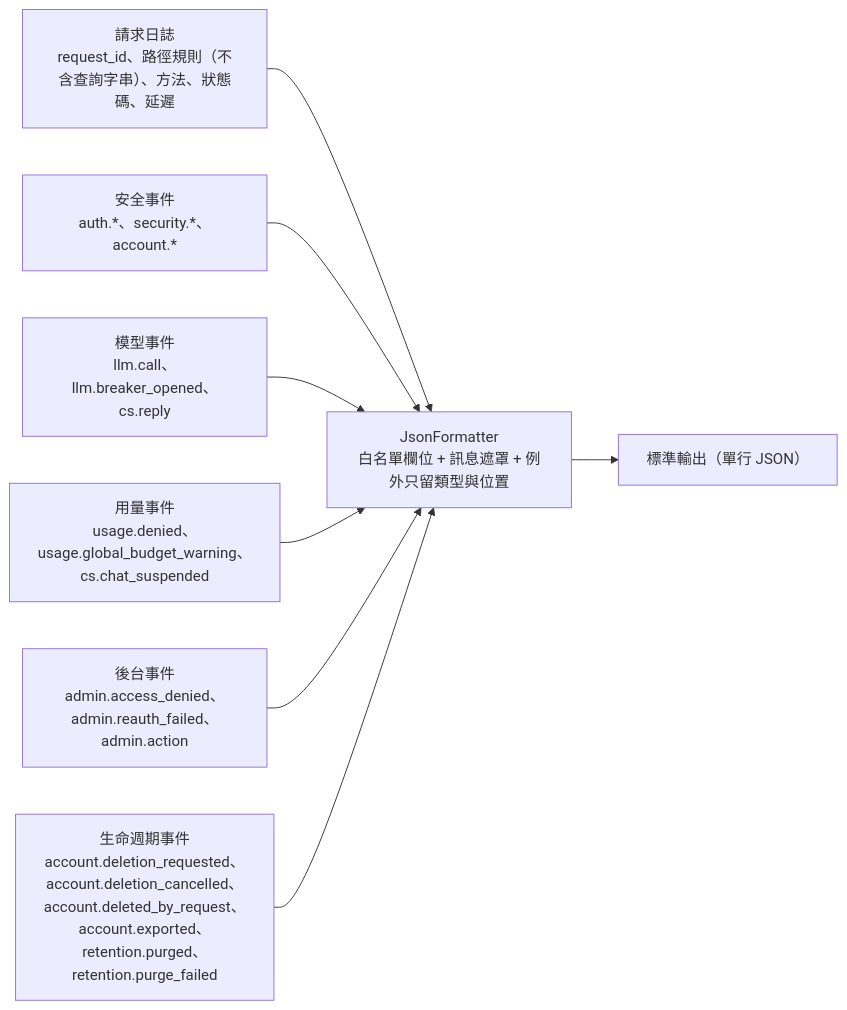
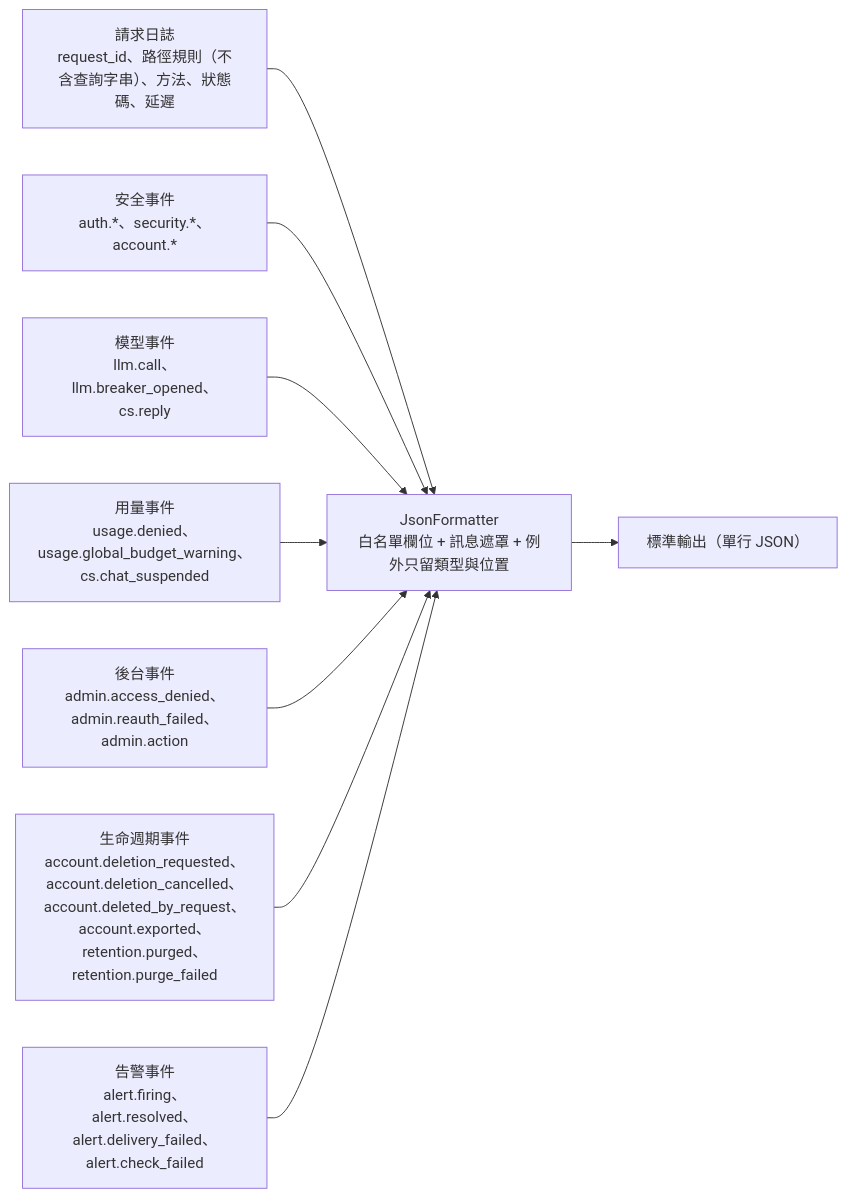
Before and after one commit to pp466pp466/R.A.C: the fourth of 5 diagrams in docs/營運與部署-operations.md, drawn with Mermaid. The commit also changed other lines of this file and 34 other files, not shown here.

````diff
--- a/docs/營運與部署-operations.md
+++ b/docs/營運與部署-operations.md
@@ -69,10 +69,11 @@
 ```mermaid
 flowchart LR
     Req["請求日誌<br/>request_id、路徑規則（不含查詢字串）、方法、狀態碼、延遲"] --> Fmt
     Sec["安全事件<br/>auth.*、security.*、account.*"] --> Fmt
     Llm["模型事件<br/>llm.call、llm.breaker_opened、cs.reply"] --> Fmt
     Use["用量事件<br/>usage.denied、usage.global_budget_warning、cs.chat_suspended"] --> Fmt
     Adm["後台事件<br/>admin.access_denied、admin.reauth_failed、admin.action"] --> Fmt
     Lif["生命週期事件<br/>account.deletion_requested、account.deletion_cancelled、account.deleted_by_request、account.exported、retention.purged、retention.purge_failed"] --> Fmt
+    Alr["告警事件<br/>alert.firing、alert.resolved、alert.delivery_failed、alert.check_failed"] --> Fmt
     Fmt["JsonFormatter<br/>白名單欄位 + 訊息遮罩 + 例外只留類型與位置"] --> Out["標準輸出（單行 JSON）"]
 ```
````
